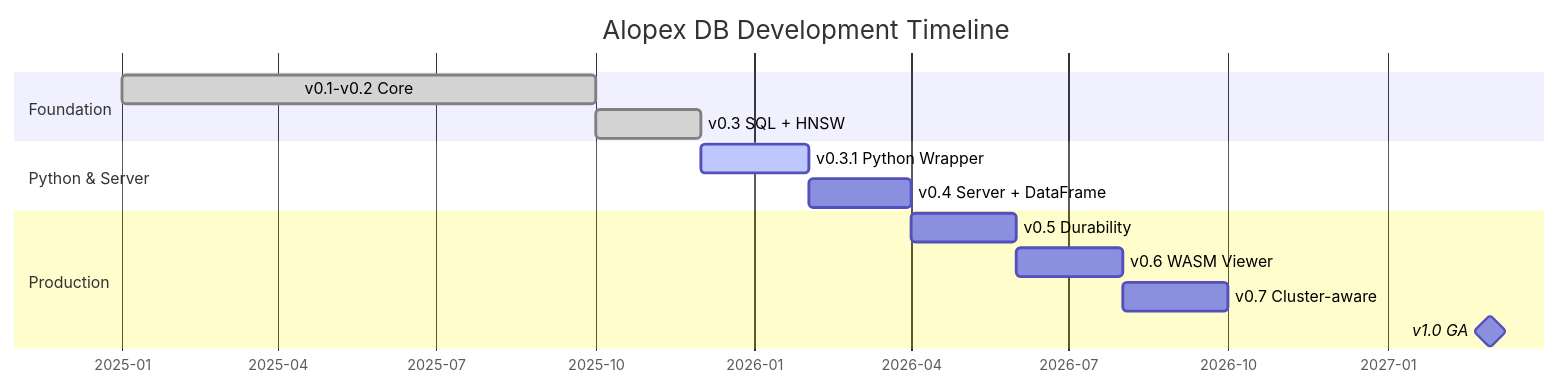
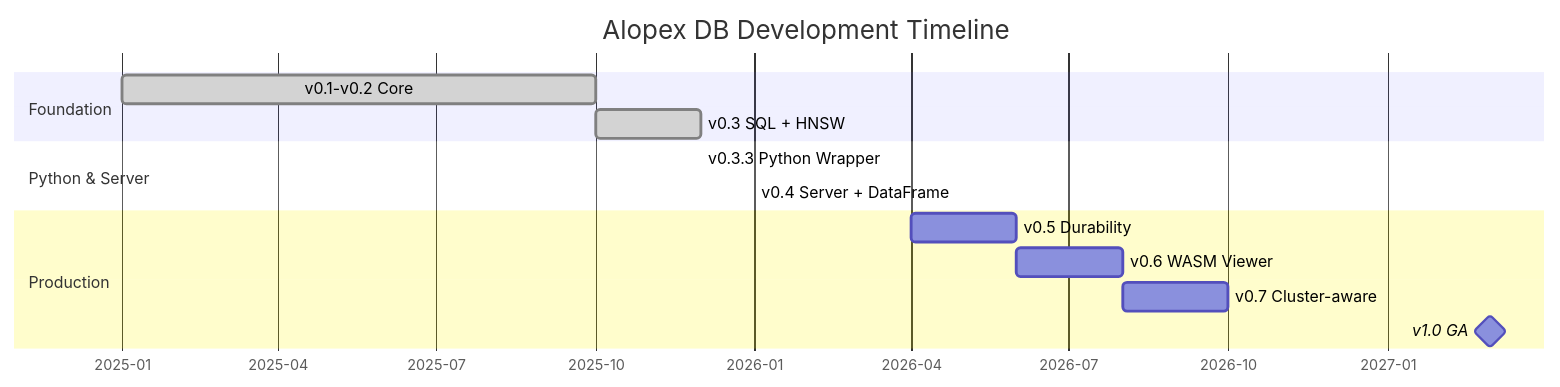
The diagram in docs/index.md (alopex-db/alopex-db.github.io), drawn with Mermaid before and after one commit. The commit also changed other lines of this file and 2 other files, not shown here.

````diff
--- a/docs/index.md
+++ b/docs/index.md
@@ -199,20 +200,20 @@
 ```mermaid
 gantt
     title Alopex DB Development Timeline
     dateFormat  YYYY-MM
     axisFormat  %Y-%m
 
     section Foundation
     v0.1-v0.2 Core          :done, 2025-01, 2025-10
     v0.3 SQL + HNSW         :done, 2025-10, 2025-12
 
     section Python & Server
-    v0.3.1 Python Wrapper   :active, 2025-12, 2026-02
-    v0.4 Server + DataFrame :2026-02, 2026-04
+    v0.3.3 Python Wrapper   :done, 2025-12, 2025-12
+    v0.4 Server + DataFrame :done, 2026-01, 2026-01
 
     section Production
     v0.5 Durability         :2026-04, 2026-06
     v0.6 WASM Viewer        :2026-06, 2026-08
     v0.7 Cluster-aware      :2026-08, 2026-10
     v1.0 GA                 :milestone, 2027-03, 0d
 ```
````
